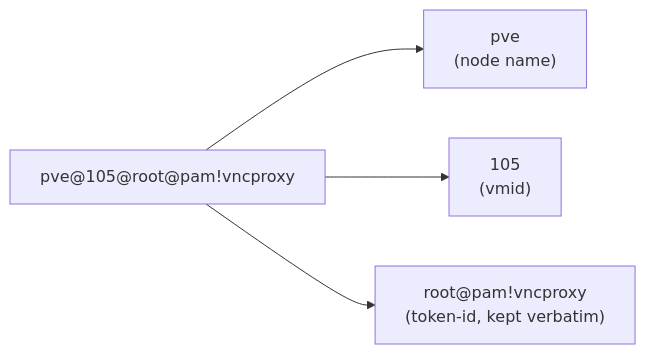
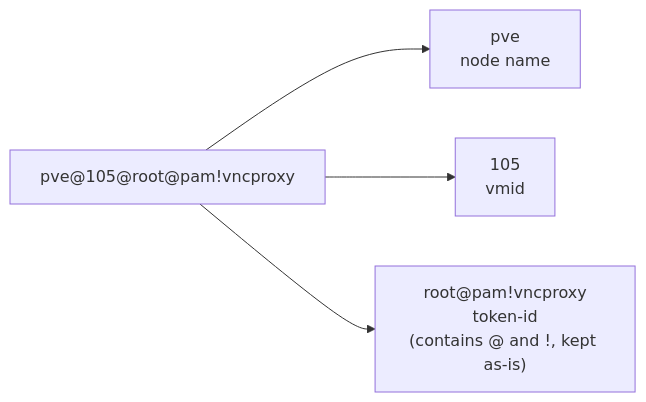
Before and after one commit to dreamhunter2333/pve-vnc-proxy: the third of 3 diagrams in README.md, drawn with Mermaid. The commit also changed other lines of this file and 1 other file, not shown here.

````diff
--- a/README.md
+++ b/README.md
@@ -133,7 +138,7 @@
 ```mermaid
 flowchart LR
     U["pve@105@root@pam!vncproxy"]
-    U --> N["pve<br/>(node name)"]
-    U --> V["105<br/>(vmid)"]
-    U --> T["root@pam!vncproxy<br/>(token-id, kept verbatim)"]
+    U --> N["pve<br/>node name"]
+    U --> V["105<br/>vmid"]
+    U --> T["root@pam!vncproxy<br/>token-id<br/>(contains @ and !, kept as-is)"]
 ```
````
